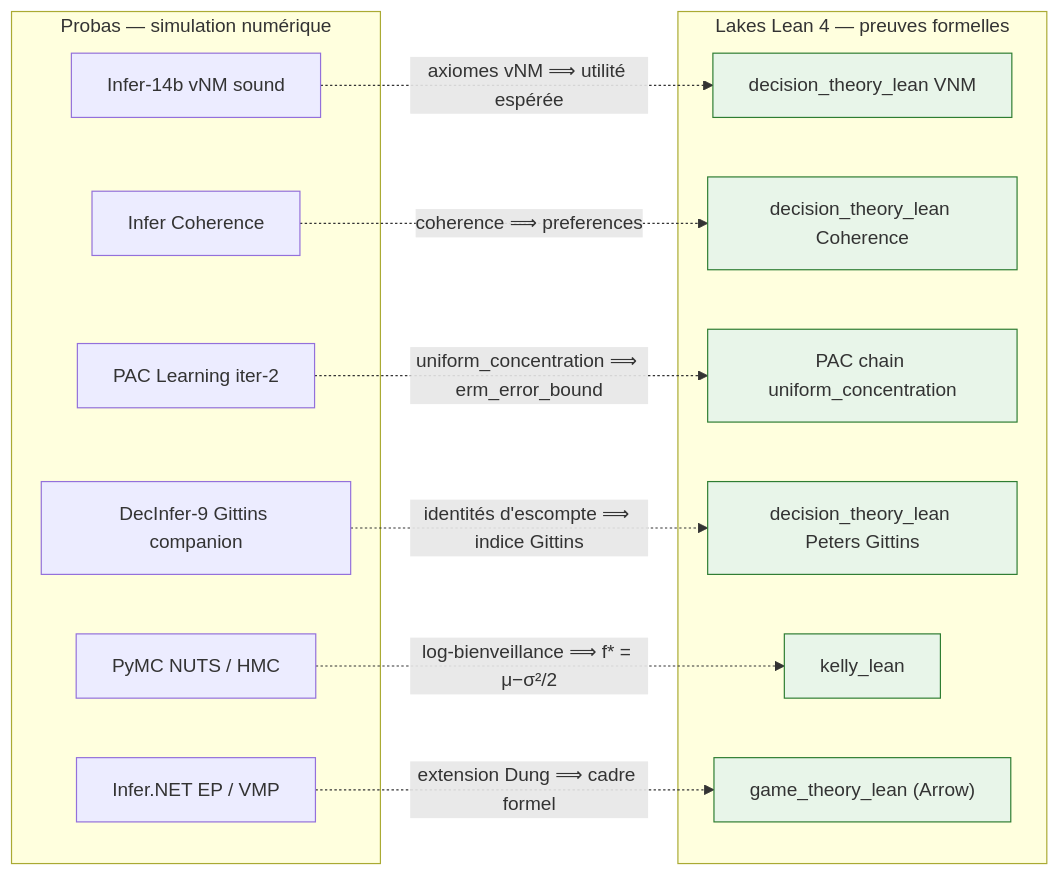
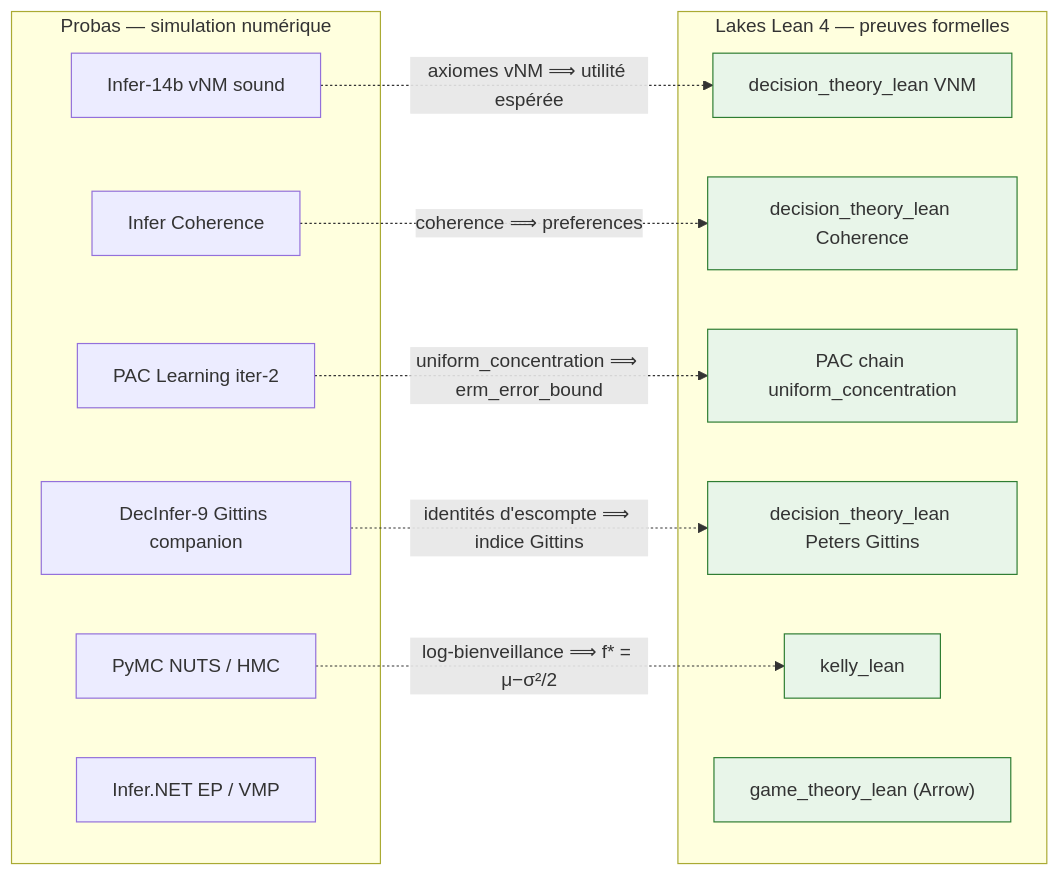
Before and after one commit to jsboige/CoursIA: the third of 3 diagrams in MyIA.AI.Notebooks/Probas/README.md, drawn with Mermaid.

Commit message:
fix(probas,#4959): remove semantically-incoherent mermaid link NB_EP -> LK_SC (extension Dung) (#7376)
Le lien 'NB_EP -. "extension Dung => cadre formel" .-> LK_SC' etait doublement faux :

- 'extension Dung' n'a aucun rapport avec NB_EP (Infer.NET EP / VMP = inference bayesienne approximative)

- LK_SC (-> social_choice_lean / Arrow) n'est pas la cible de la passerelle Dung (qui vit dans argumentation_lean, voir SymbolicAI/Tweety)

Le lien est remplace par un commentaire documentant que la passerelle Dung <-> argumentation_lean est couverte par le tableau §E ci-dessus (ligne SymbolicAI <-> Probas), pas par un lien direct depuis ce noeud de simulation.

Scope strict : 1 lien mermaid dans 1 fichier (R3 atomic, +3/-1).

````diff
--- a/MyIA.AI.Notebooks/Probas/README.md
+++ b/MyIA.AI.Notebooks/Probas/README.md
@@ -578,31 +578,33 @@
 ```mermaid
 flowchart LR
     subgraph SIM["Probas — simulation numérique"]
         NB_DT["Infer-14b vNM sound"]
         NB_CO["Infer Coherence"]
         NB_GIT["DecInfer-9 Gittins companion"]
         NB_PAC["PAC Learning iter-2"]
         NB_MCMC["PyMC NUTS / HMC"]
         NB_EP["Infer.NET EP / VMP"]
     end
     subgraph LEAN["Lakes Lean 4 — preuves formelles"]
         LK_DT["decision_theory_lean VNM"]
         LK_CO["decision_theory_lean Coherence"]
         LK_PAC["PAC chain uniform_concentration"]
         LK_GIT["decision_theory_lean Peters Gittins"]
         LK_KELLY["kelly_lean"]
         LK_SC["game_theory_lean (Arrow)"]
     end
     NB_DT -. "axiomes vNM ⟹ utilité espérée" .-> LK_DT
     NB_CO -. "coherence ⟹ preferences" .-> LK_CO
     NB_PAC -. "uniform_concentration ⟹ erm_error_bound" .-> LK_PAC
     NB_GIT -. "identités d'escompte ⟹ indice Gittins" .-> LK_GIT
     NB_MCMC -. "log-bienveillance ⟹ f* = μ−σ²/2" .-> LK_KELLY
-    NB_EP -. "extension Dung ⟹ cadre formel" .-> LK_SC
+    %% NB_EP (Infer.NET EP / VMP) = inférence bayésienne approximative ;
+    %% la passerelle Dung ↔ argumentation_lean est couverte par le tableau §E ci-dessus (ligne SymbolicAI ↔ Probas),
+    %% pas par un lien direct depuis ce nœud de simulation.
     style LK_DT fill:#e8f5e9,stroke:#2e7d32
     style LK_CO fill:#e8f5e9,stroke:#2e7d32
     style LK_PAC fill:#e8f5e9,stroke:#2e7d32
     style LK_GIT fill:#e8f5e9,stroke:#2e7d32
     style LK_KELLY fill:#e8f5e9,stroke:#2e7d32
     style LK_SC fill:#e8f5e9,stroke:#2e7d32
 ```
````
